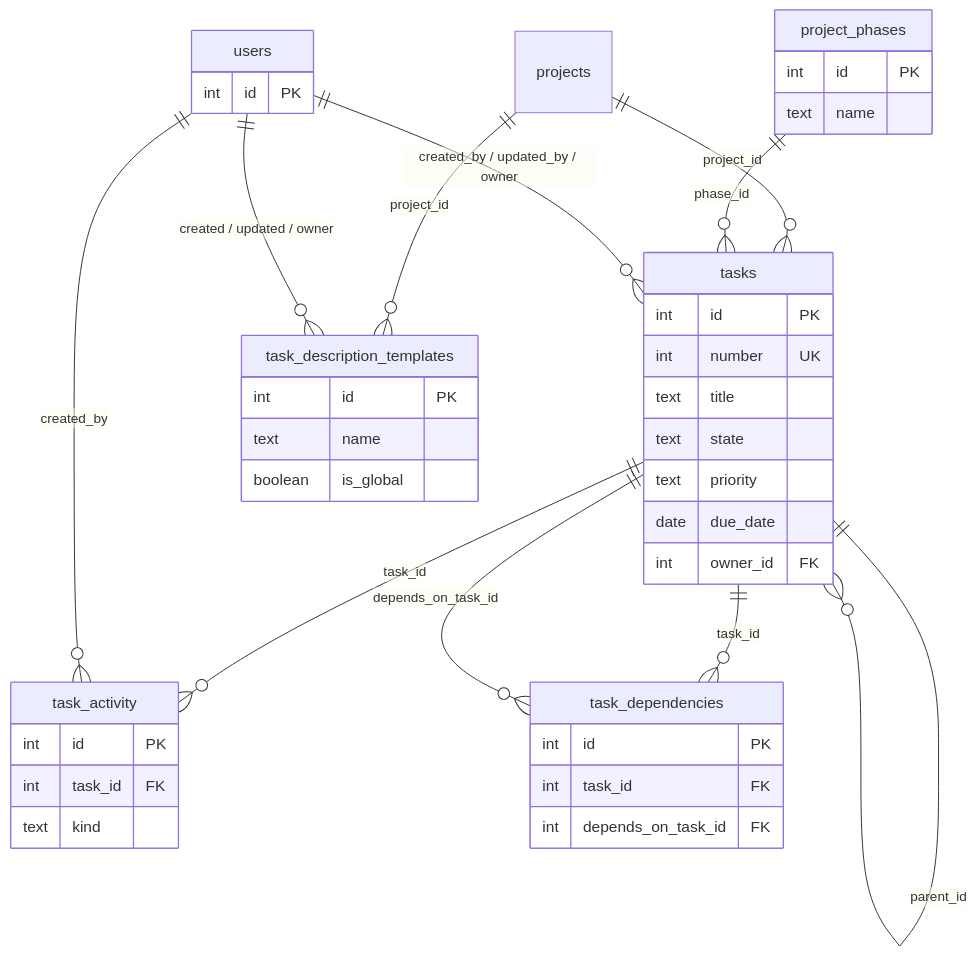
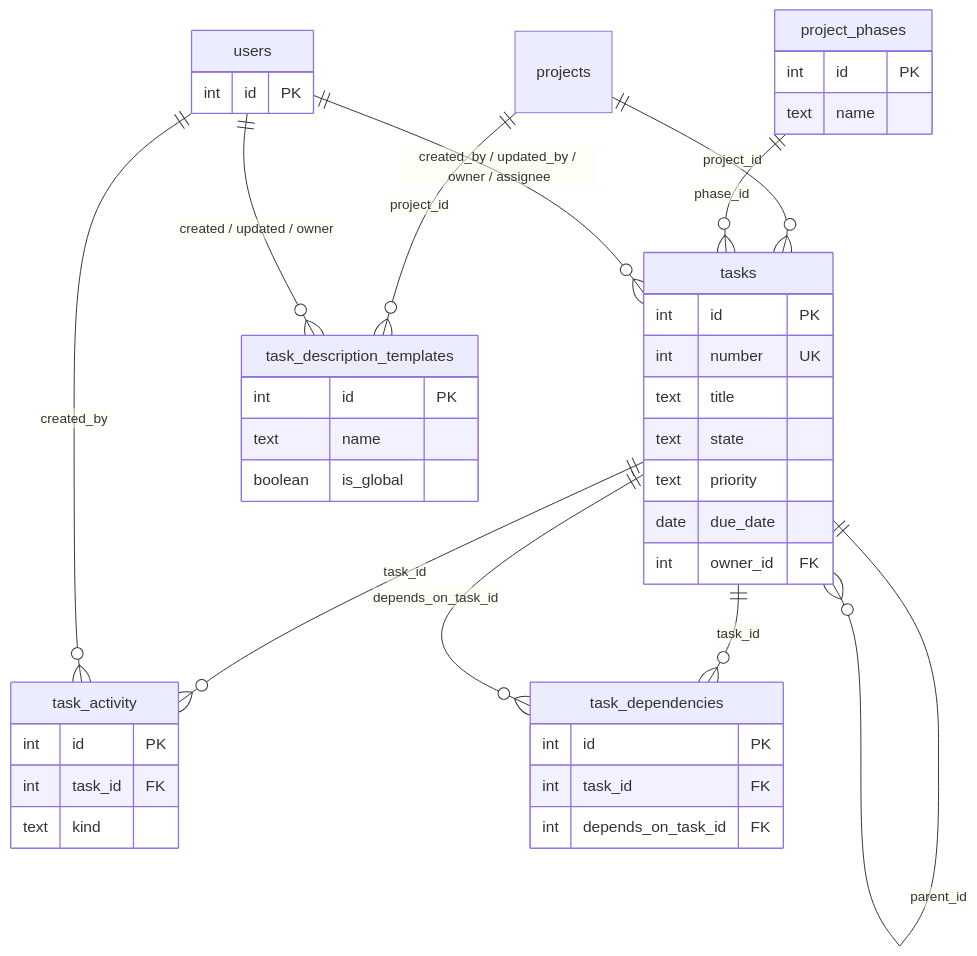
The diagram in docs/database/tasks.md (blackrook-io/taskmesh), drawn with Mermaid before and after one commit. The commit also changed other lines of this file and 34 other files, not shown here.

````diff
--- a/docs/database/tasks.md
+++ b/docs/database/tasks.md
@@ -9,45 +9,45 @@
 ```mermaid
 erDiagram
   projects ||--o{ tasks : "project_id"
   project_phases ||--o{ tasks : "phase_id"
   tasks ||--o{ tasks : "parent_id"
-  users ||--o{ tasks : "created_by / updated_by / owner"
+  users ||--o{ tasks : "created_by / updated_by / owner / assignee"
   tasks ||--o{ task_activity : "task_id"
   tasks ||--o{ task_dependencies : "task_id"
   tasks ||--o{ task_dependencies : "depends_on_task_id"
   projects ||--o{ task_description_templates : "project_id"
   users ||--o{ task_description_templates : "created / updated / owner"
   users ||--o{ task_activity : "created_by"
 
   project_phases {
     int id PK
     text name
   }
   tasks {
     int id PK
     int number UK
     text title
     text state
     text priority
     date due_date
     int owner_id FK
   }
   task_activity {
     int id PK
     int task_id FK
     text kind
   }
   task_dependencies {
     int id PK
     int task_id FK
     int depends_on_task_id FK
   }
   task_description_templates {
     int id PK
     text name
     boolean is_global
   }
   users {
     int id PK
   }
 ```
````
